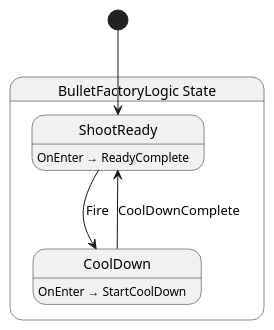
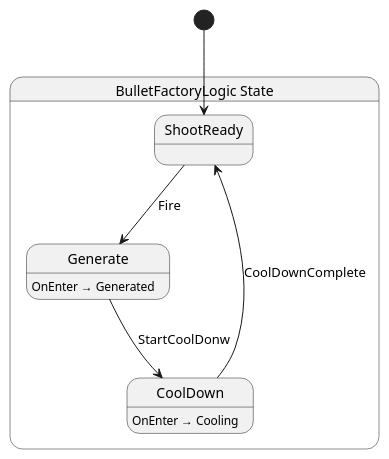
The diagram in src/bullet_factory/state/BulletFactoryLogic.g.puml (Ygoat/EternalJourney), drawn with PlantUML before and after one commit. The commit also changed 4 other files, not shown here.

```diff
--- a/src/bullet_factory/state/BulletFactoryLogic.g.puml
+++ b/src/bullet_factory/state/BulletFactoryLogic.g.puml
@@ -1,14 +1,16 @@
 @startuml BulletFactoryLogic
 state "BulletFactoryLogic State" as EternalJourney_BulletFactory_State_BulletFactoryLogic_State {
   state "ShootReady" as EternalJourney_BulletFactory_State_BulletFactoryLogic_State_ShootReady
+  state "Generate" as EternalJourney_BulletFactory_State_BulletFactoryLogic_State_Generate
   state "CoolDown" as EternalJourney_BulletFactory_State_BulletFactoryLogic_State_CoolDown
 }
 
 EternalJourney_BulletFactory_State_BulletFactoryLogic_State_CoolDown --> EternalJourney_BulletFactory_State_BulletFactoryLogic_State_ShootReady : CoolDownComplete
-EternalJourney_BulletFactory_State_BulletFactoryLogic_State_ShootReady --> EternalJourney_BulletFactory_State_BulletFactoryLogic_State_CoolDown : Fire
+EternalJourney_BulletFactory_State_BulletFactoryLogic_State_Generate --> EternalJourney_BulletFactory_State_BulletFactoryLogic_State_CoolDown : StartCoolDonw
+EternalJourney_BulletFactory_State_BulletFactoryLogic_State_ShootReady --> EternalJourney_BulletFactory_State_BulletFactoryLogic_State_Generate : Fire
 
-EternalJourney_BulletFactory_State_BulletFactoryLogic_State_CoolDown : OnEnter → StartCoolDown
-EternalJourney_BulletFactory_State_BulletFactoryLogic_State_ShootReady : OnEnter → ReadyComplete
+EternalJourney_BulletFactory_State_BulletFactoryLogic_State_CoolDown : OnEnter → Cooling
+EternalJourney_BulletFactory_State_BulletFactoryLogic_State_Generate : OnEnter → Generated
 
 [*] --> EternalJourney_BulletFactory_State_BulletFactoryLogic_State_ShootReady
 @enduml
```
